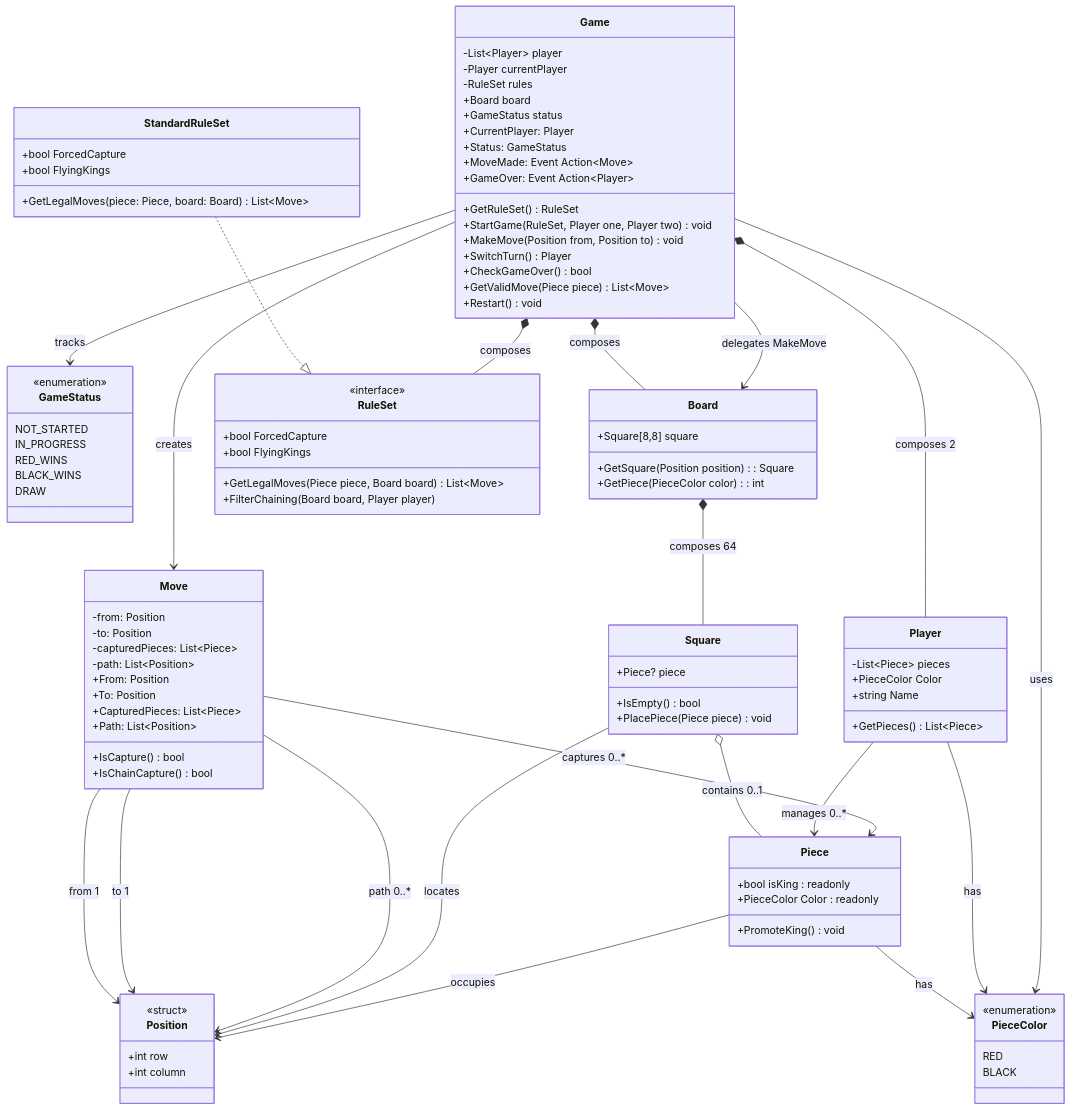
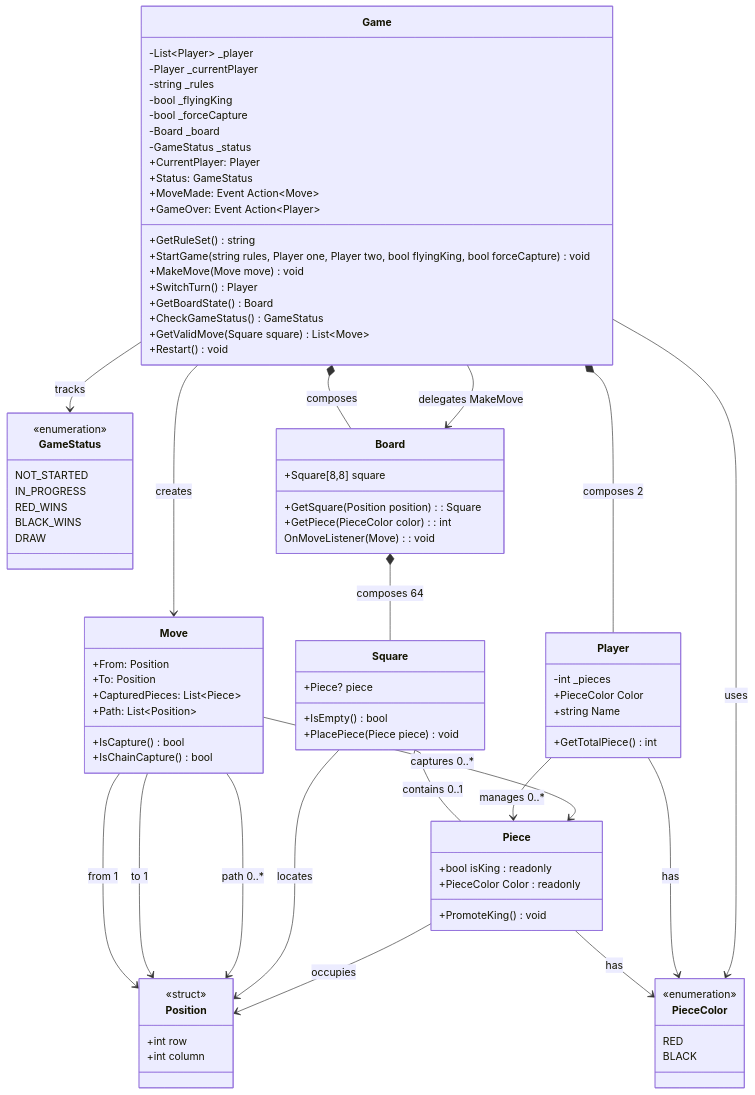
One commit to Dvizio/Batch20 changed the diagram in CheckersBoardgameClassDiagram/mermaidrevision.md. Above: the diagram before and after it, drawn with Mermaid.

Commit message:
update mermaid

```diff
--- a/CheckersBoardgameClassDiagram/mermaidrevision.md
+++ b/CheckersBoardgameClassDiagram/mermaidrevision.md
@@ -43,14 +43,11 @@
     +Square[8,8] square
     +GetSquare(Position position) : Square
     +GetPiece(PieceColor color) : int
+    OnMoveListener(Move) : void
   }
 
   %% Move as pure data/intent - no Execute()
   class Move {
-    -from: Position
-    -to: Position
-    -capturedPieces: List~Piece~
-    -path: List~Position~
     +From: Position
     +To: Position
     +CapturedPieces: List~Piece~
@@ -59,53 +56,39 @@
     +IsChainCapture() bool
   }
 
-  %% Rules extracted so Board isn't hardcoded to one variant
-  class RuleSet {
-    <<interface>>
-    +bool ForcedCapture
-    +bool FlyingKings
-    +GetLegalMoves(Piece piece, Board board) List~Move~
-    +FilterChaining(Board board, Player player) 
-  }
-
-  class StandardRuleSet {
-    +bool ForcedCapture
-    +bool FlyingKings
-    +GetLegalMoves(piece: Piece, board: Board) List~Move~
-  }
-
   %% Player
   class Player {
-    -List~Piece~ pieces
+    -int _pieces
     +PieceColor Color
     +string Name
-    +GetPieces() List~Piece~
+    +GetTotalPiece() int
   }
 
   %% Game
   class Game {
-    -List~Player~ player
-    -Player currentPlayer
-    -RuleSet rules
-    +Board board 
-    +GameStatus status
+    -List~Player~ _player
+    -Player _currentPlayer
+    -string _rules
+    -bool _flyingKing
+    -bool _forceCapture
+    -Board _board
+    -GameStatus _status
     +CurrentPlayer: Player
     +Status: GameStatus
     +MoveMade: Event Action~Move~
     +GameOver: Event Action~Player~
-    +GetRuleSet() RuleSet
-    +StartGame(RuleSet, Player one, Player two) void
-    +MakeMove(Position from, Position to) void
+    +GetRuleSet() string
+    +StartGame(string rules, Player one, Player two, bool flyingKing, bool forceCapture) void
+    +MakeMove(Move move) void
     +SwitchTurn() Player
-    +CheckGameOver() bool
-    +GetValidMove(Piece piece) List~Move~
+    +GetBoardState() Board
+    +CheckGameStatus() GameStatus
+    +GetValidMove(Square square) List~Move~
     +Restart() void
   }
 
   %% Relationships
 
-  %% Interface Implementation
-  StandardRuleSet ..|> RuleSet
 
   %% Composition: Game owns Board
   Game *-- Board : composes
@@ -134,8 +117,6 @@
   Game --> Move : creates
   Game --> Board : delegates MakeMove
 
-  %% Rules are pluggable and used by both Board and Player
-  Game *-- RuleSet : composes
 
   %% Value Object: Position used throughout
   Square --> Position : locates
```
